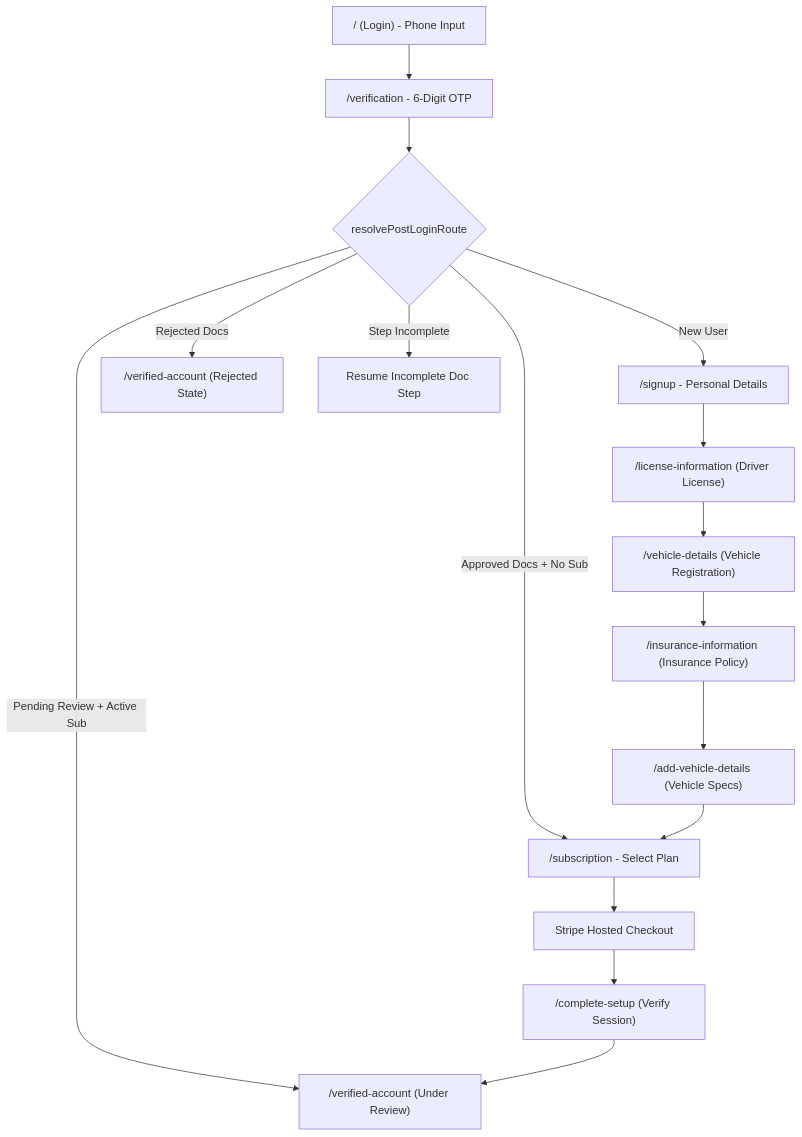
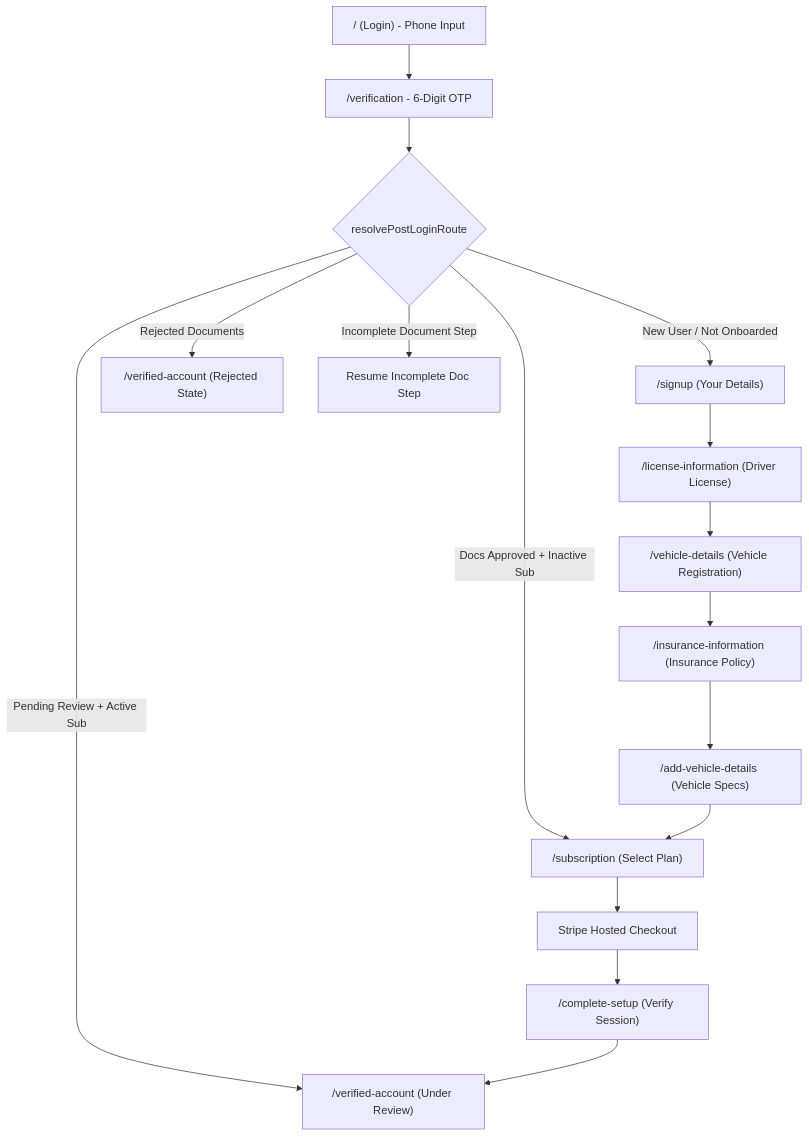
One commit to dignitestudios-dev/Epic-Rides-Web-App changed the second of 3 diagrams in docs/PROJECT_DOCUMENTATION.md. Above: the diagram before and after it, drawn with Mermaid. The commit also changed other lines of this file and 7 other files, not shown here.

````diff
--- a/docs/PROJECT_DOCUMENTATION.md
+++ b/docs/PROJECT_DOCUMENTATION.md
@@ -190,19 +267,20 @@
 ```mermaid
 flowchart TD
     Login["/ (Login) - Phone Input"] --> OTP["/verification - 6-Digit OTP"]
     OTP --> Decision{resolvePostLoginRoute}
-    Decision -->|New User| Step1["/signup - Personal Details"]
-    Decision -->|Rejected Docs| VerifiedRej["/verified-account (Rejected State)"]
+    
+    Decision -->|New User / Not Onboarded| Step1["/signup (Your Details)"]
+    Decision -->|Rejected Documents| VerifiedRej["/verified-account (Rejected State)"]
     Decision -->|Pending Review + Active Sub| VerifiedSub["/verified-account (Under Review)"]
-    Decision -->|Approved Docs + No Sub| Sub["/subscription - Select Plan"]
-    Decision -->|Step Incomplete| StepResume["Resume Incomplete Doc Step"]
+    Decision -->|Docs Approved + Inactive Sub| Sub["/subscription (Select Plan)"]
+    Decision -->|Incomplete Document Step| StepResume["Resume Incomplete Doc Step"]
 
     Step1 --> Step2["/license-information (Driver License)"]
     Step2 --> Step3["/vehicle-details (Vehicle Registration)"]
     Step3 --> Step4["/insurance-information (Insurance Policy)"]
     Step4 --> Step5["/add-vehicle-details (Vehicle Specs)"]
     Step5 --> Sub
     Sub --> Stripe["Stripe Hosted Checkout"]
     Stripe --> CompleteSetup["/complete-setup (Verify Session)"]
     CompleteSetup --> VerifiedSub
 ```
````
